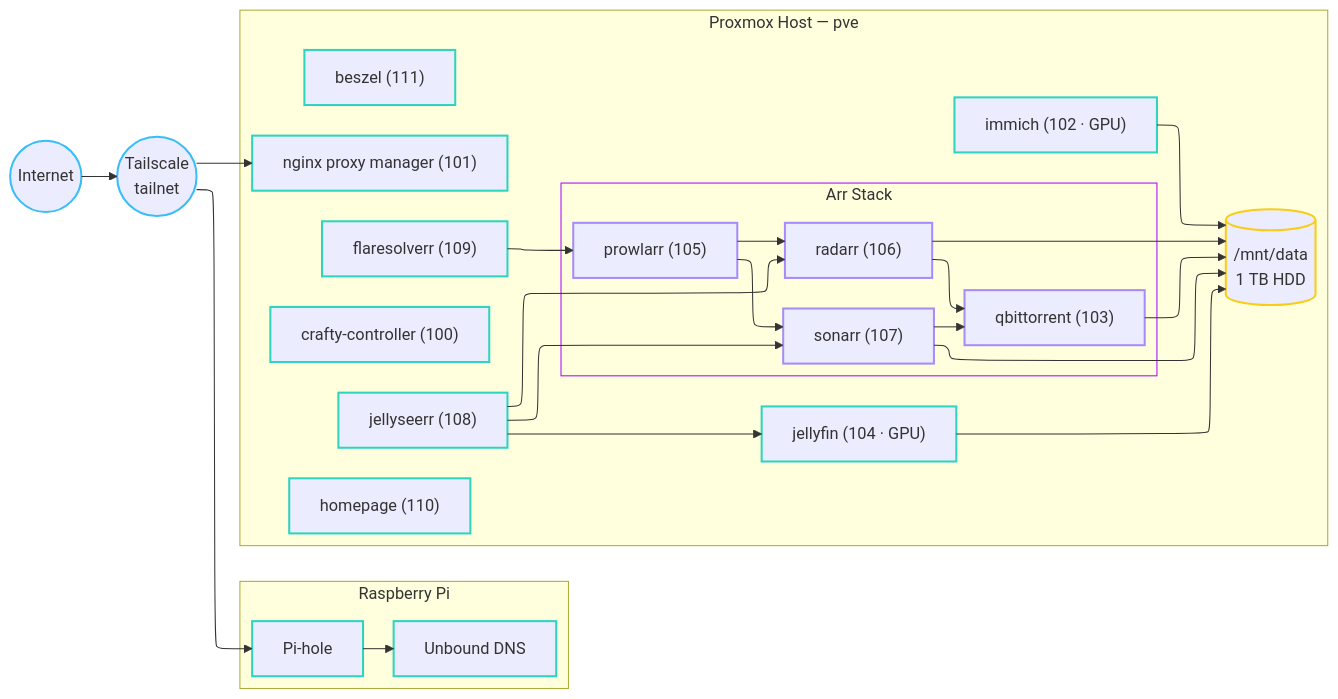
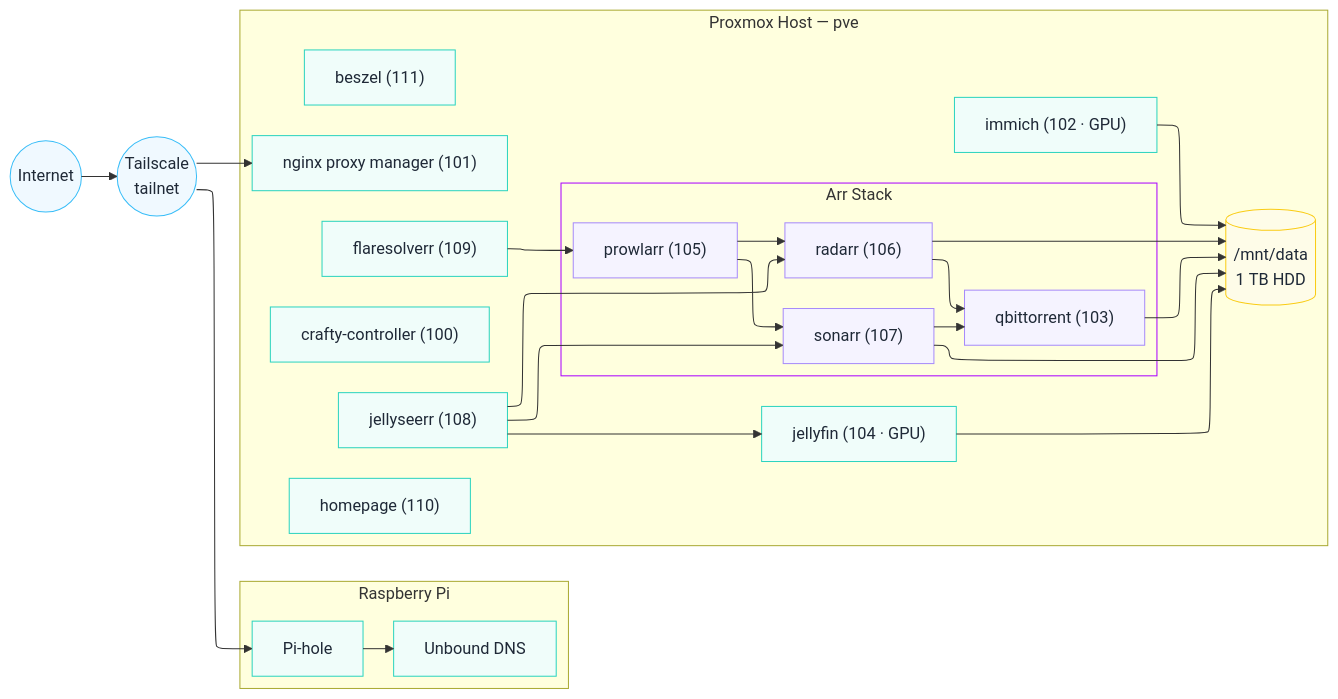
Before and after one commit to EthanFavis/Ethanet: the diagram in README.md, drawn with Mermaid. The commit also changed 1 other file, not shown here.

Commit message:
Restore pastel fills, pin text color for dark-mode contrast

````diff
--- a/README.md
+++ b/README.md
@@ -71,64 +71,64 @@
 ```mermaid
 ---
 config:
   layout: elk
 ---
 flowchart LR
  subgraph Pi["Raspberry Pi"]
         Pihole["Pi‑hole"]
         Unbound["Unbound DNS"]
   end
  subgraph ARR["Arr Stack"]
         Prowlarr["prowlarr (105)"]
         Radarr["radarr (106)"]
         Sonarr["sonarr (107)"]
         QB["qbittorrent (103)"]
   end
  subgraph PVE["Proxmox Host — pve"]
         Homepage["homepage (110)"]
         NPM["nginx proxy manager (101)"]
         Crafty["crafty‑controller (100)"]
         Beszel["beszel (111)"]
         Flare["flaresolverr (109)"]
         ARR
         Seerr["jellyseerr (108)"]
         Jellyfin["jellyfin (104 · GPU)"]
         Immich["immich (102 · GPU)"]
         Storage[("/mnt/data<br>1 TB HDD")]
   end
     Internet(("Internet")) --> Tailnet(("Tailscale<br>tailnet"))
     Pihole --> Unbound
     Prowlarr --> Radarr & Sonarr
     Radarr --> QB & Storage
     Sonarr --> QB & Storage
     Tailnet --> Pihole & NPM
     Flare --> Prowlarr
     Seerr --> Radarr & Sonarr & Jellyfin
     QB --> Storage
     Jellyfin --> Storage
     Immich --> Storage
 
      Internet:::network
      Tailnet:::network
      Pihole:::service
      Unbound:::service
      Homepage:::service
      NPM:::service
      Crafty:::service
      Beszel:::service
      Flare:::service
      Prowlarr:::media
      Radarr:::media
      Sonarr:::media
      QB:::media
      Seerr:::service
      Jellyfin:::service
      Immich:::service
      Storage:::storage
-    classDef infra stroke:#818cf8,stroke-width:2px
-    classDef service stroke:#2dd4bf,stroke-width:2px
-    classDef storage stroke:#facc15,stroke-width:2px
-    classDef network stroke:#38bdf8,stroke-width:2px
-    classDef media stroke:#a78bfa,stroke-width:2px
+    classDef infra stroke:#818cf8,fill:#eef2ff,color:#1f2937
+    classDef service stroke:#2dd4bf,fill:#f0fdfa,color:#1f2937
+    classDef storage stroke:#facc15,fill:#fefce8,color:#1f2937
+    classDef network stroke:#38bdf8,fill:#f0f9ff,color:#1f2937
+    classDef media stroke:#a78bfa,fill:#f5f3ff,color:#1f2937
     style ARR stroke:#AA00FF
 ```
````
